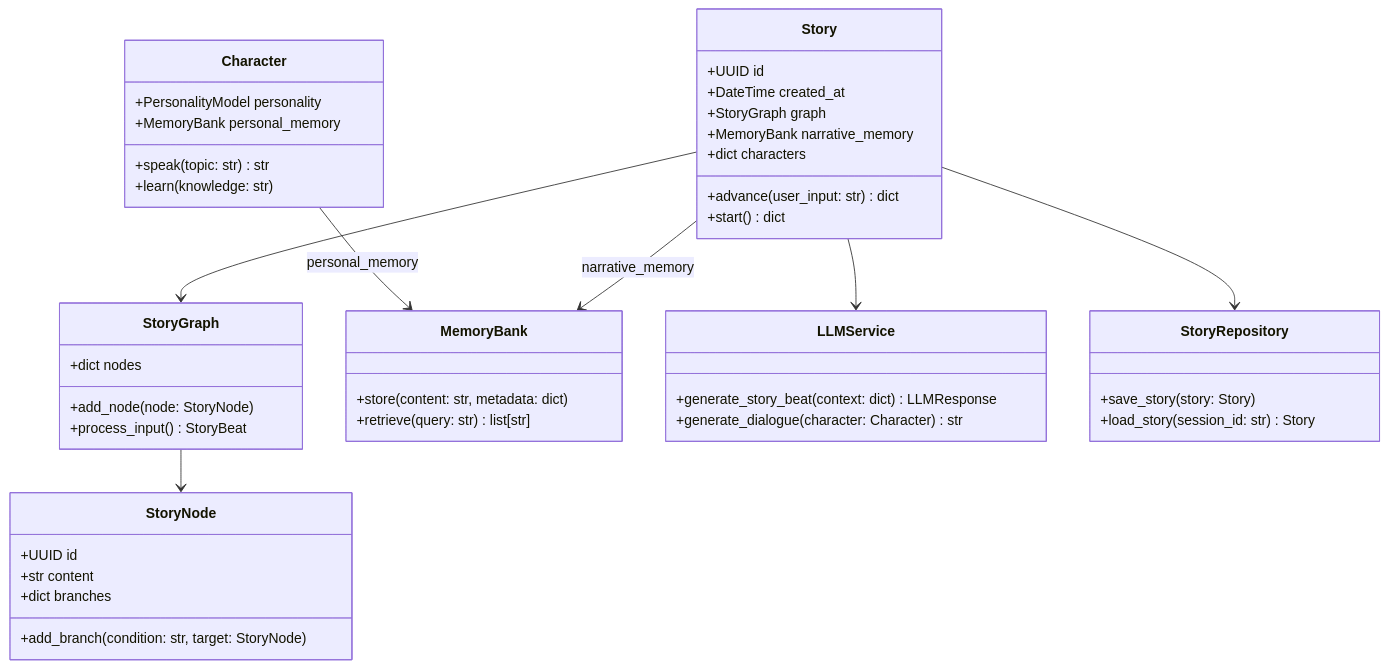
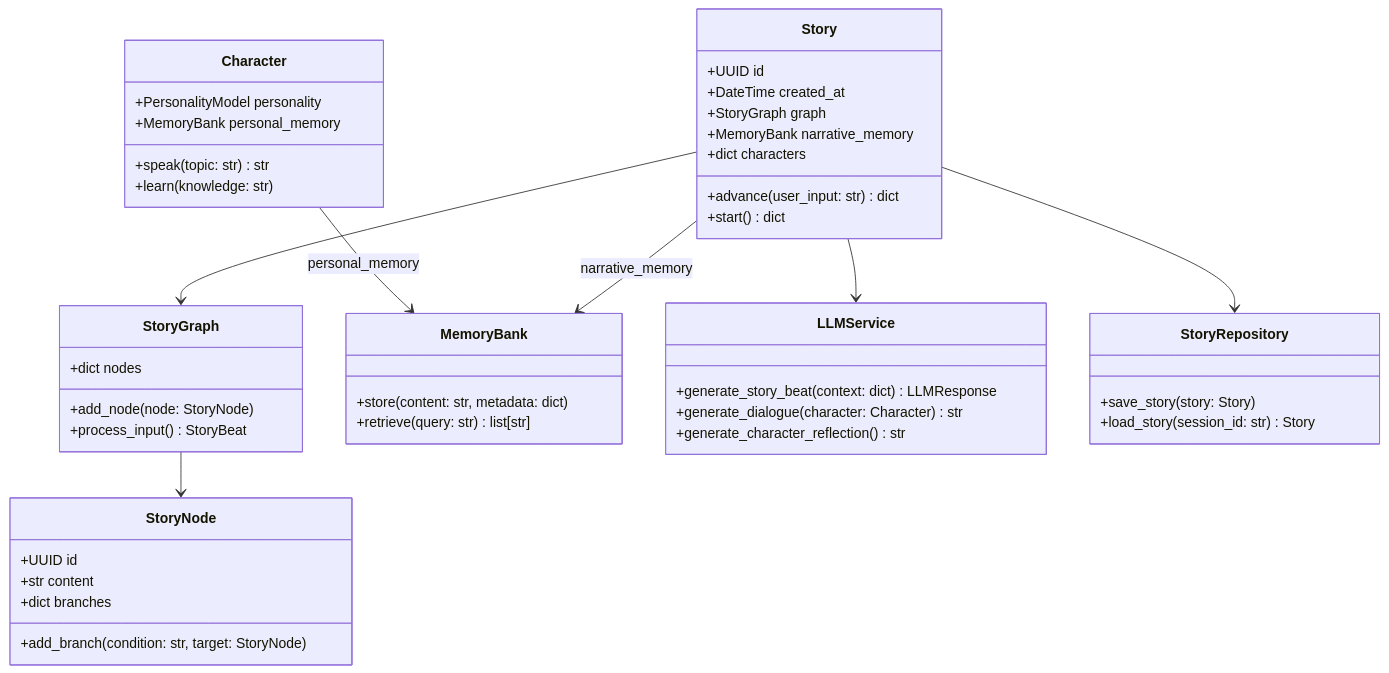
One commit to kodackx/echo-forge-ai changed the first of 2 diagrams in README.md. Above: the diagram before and after it, drawn with Mermaid. The commit also changed other lines of this file and 2 other files, not shown here.

Commit message:
add character reflection, characters as agents

````diff
--- a/README.md
+++ b/README.md
@@ -110,54 +110,55 @@
 ```mermaid
 classDiagram
     class Story {
         +UUID id
         +DateTime created_at
         +StoryGraph graph
         +MemoryBank narrative_memory
         +dict characters
         +advance(user_input: str) dict
         +start() dict
     }
     
     class StoryGraph {
         +dict nodes
         +add_node(node: StoryNode)
         +process_input() StoryBeat
     }
     
     class StoryNode {
         +UUID id
         +str content
         +dict branches
         +add_branch(condition: str, target: StoryNode)
     }
     
     class Character {
         +PersonalityModel personality
         +MemoryBank personal_memory
         +speak(topic: str) str
         +learn(knowledge: str)
     }
     
     class MemoryBank {
         +store(content: str, metadata: dict)
         +retrieve(query: str) list[str]
     }
     
     class LLMService {
         +generate_story_beat(context: dict) LLMResponse
         +generate_dialogue(character: Character) str
+        +generate_character_reflection() str
     }
     
     class StoryRepository {
         +save_story(story: Story)
         +load_story(session_id: str) Story
     }
     
     Story --> StoryGraph
     Story --> MemoryBank: narrative_memory
     Story --> LLMService
     Story --> StoryRepository
     Character --> MemoryBank: personal_memory
     StoryGraph --> StoryNode
 ```
````
